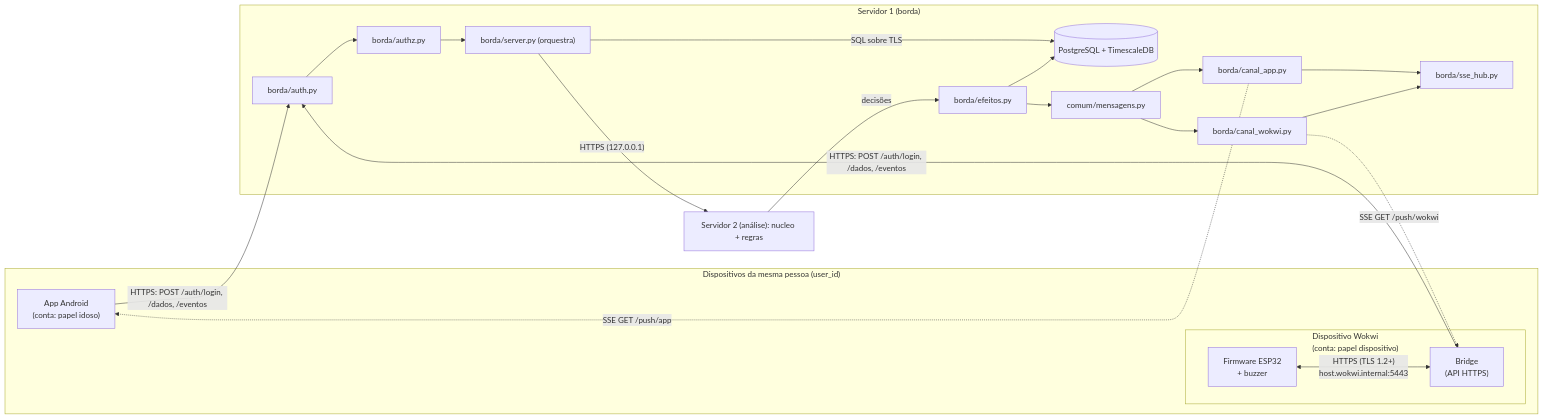
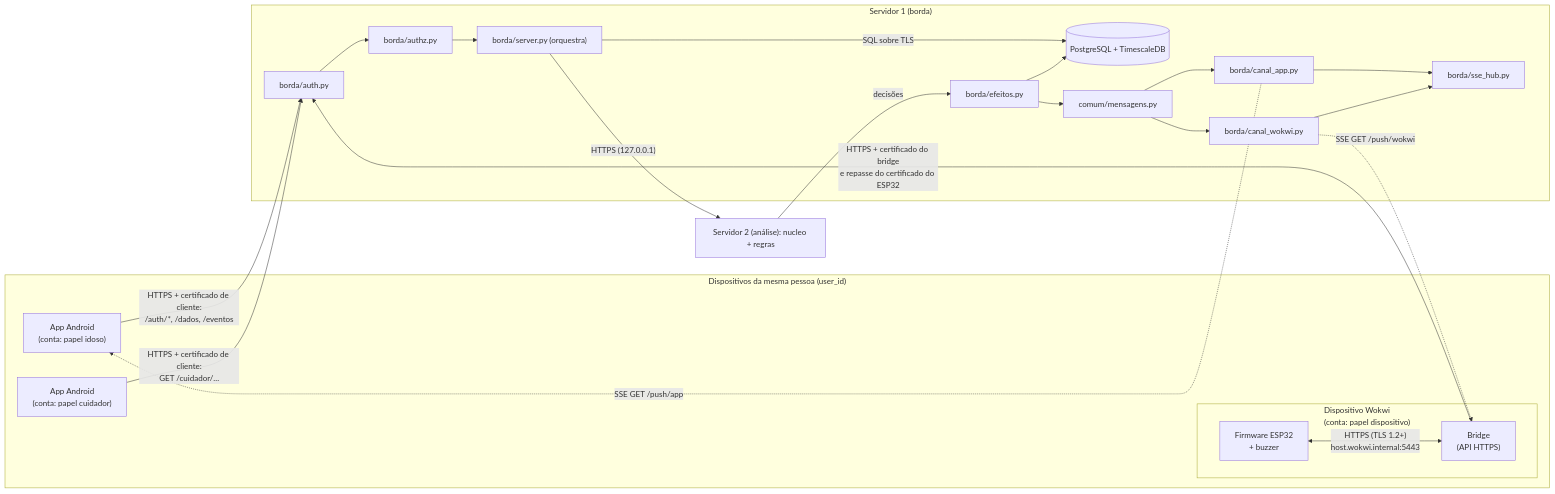
Before and after one commit to UFG-INF-SSU-2026/Flow: the first of 5 diagrams in docs/arquitetura.md, drawn with Mermaid. The commit also changed other lines of this file and 11 other files, not shown here.

````diff
--- a/docs/arquitetura.md
+++ b/docs/arquitetura.md
@@ -101,38 +99,40 @@
 ```mermaid
 flowchart LR
     subgraph Disp["Dispositivos da mesma pessoa (user_id)"]
         APP["App Android<br/>(conta: papel idoso)"]
+        CUID["App Android<br/>(conta: papel cuidador)"]
         subgraph WK["Dispositivo Wokwi<br/>(conta: papel dispositivo)"]
             ESP["Firmware ESP32<br/>+ buzzer"]
             BR["Bridge<br/>(API HTTPS)"]
             ESP <-->|"HTTPS (TLS 1.2+)<br/>host.wokwi.internal:5443"| BR
         end
     end
 
     subgraph SRV["Servidor 1 (borda)"]
         AUTH["borda/auth.py"]
         AUTHZ["borda/authz.py"]
         SRVP["borda/server.py (orquestra)"]
         EF["borda/efeitos.py"]
         DB[("PostgreSQL + TimescaleDB")]
         MSG["comum/mensagens.py"]
         CA["borda/canal_app.py"]
         CW["borda/canal_wokwi.py"]
         HUB["borda/sse_hub.py"]
         CA --> HUB
         CW --> HUB
     end
 
-    APP -->|"HTTPS: POST /auth/login, /dados, /eventos"| AUTH
-    BR  -->|"HTTPS: POST /auth/login, /dados, /eventos"| AUTH
+    APP -->|"HTTPS + certificado de cliente:<br/>/auth/*, /dados, /eventos"| AUTH
+    CUID -->|"HTTPS + certificado de cliente:<br/>GET /cuidador/..."| AUTH
+    BR  -->|"HTTPS + certificado do bridge<br/>e repasse do certificado do ESP32"| AUTH
     AUTH --> AUTHZ --> SRVP
     SRVP -->|"HTTPS (127.0.0.1)"| RQ["Servidor 2 (análise): nucleo + regras"]
     RQ -->|"decisões"| EF
     SRVP -->|"SQL sobre TLS"| DB
     EF --> DB
     EF --> MSG
     MSG --> CA
     MSG --> CW
     CA -.->|"SSE GET /push/app"| APP
     CW -.->|"SSE GET /push/wokwi"| BR
 ```
````
